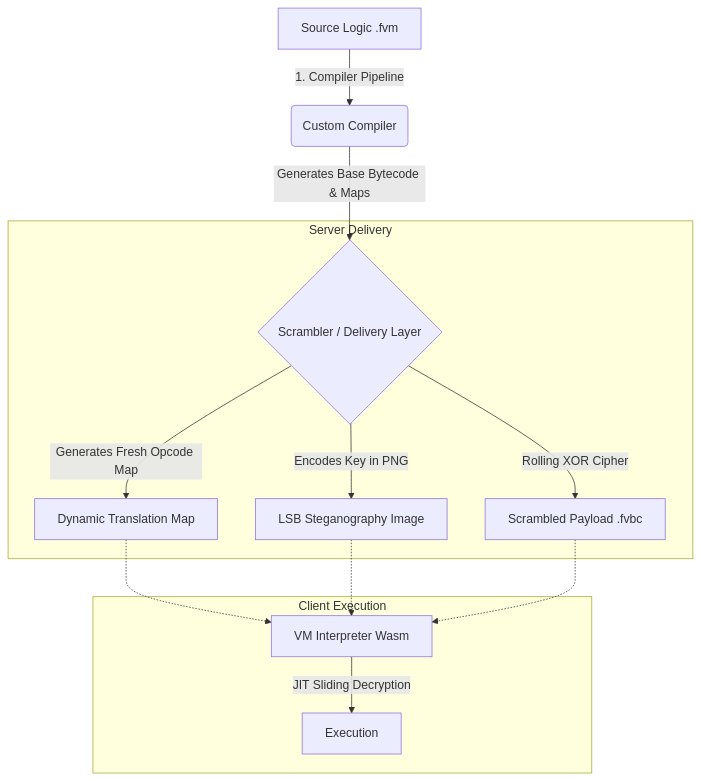
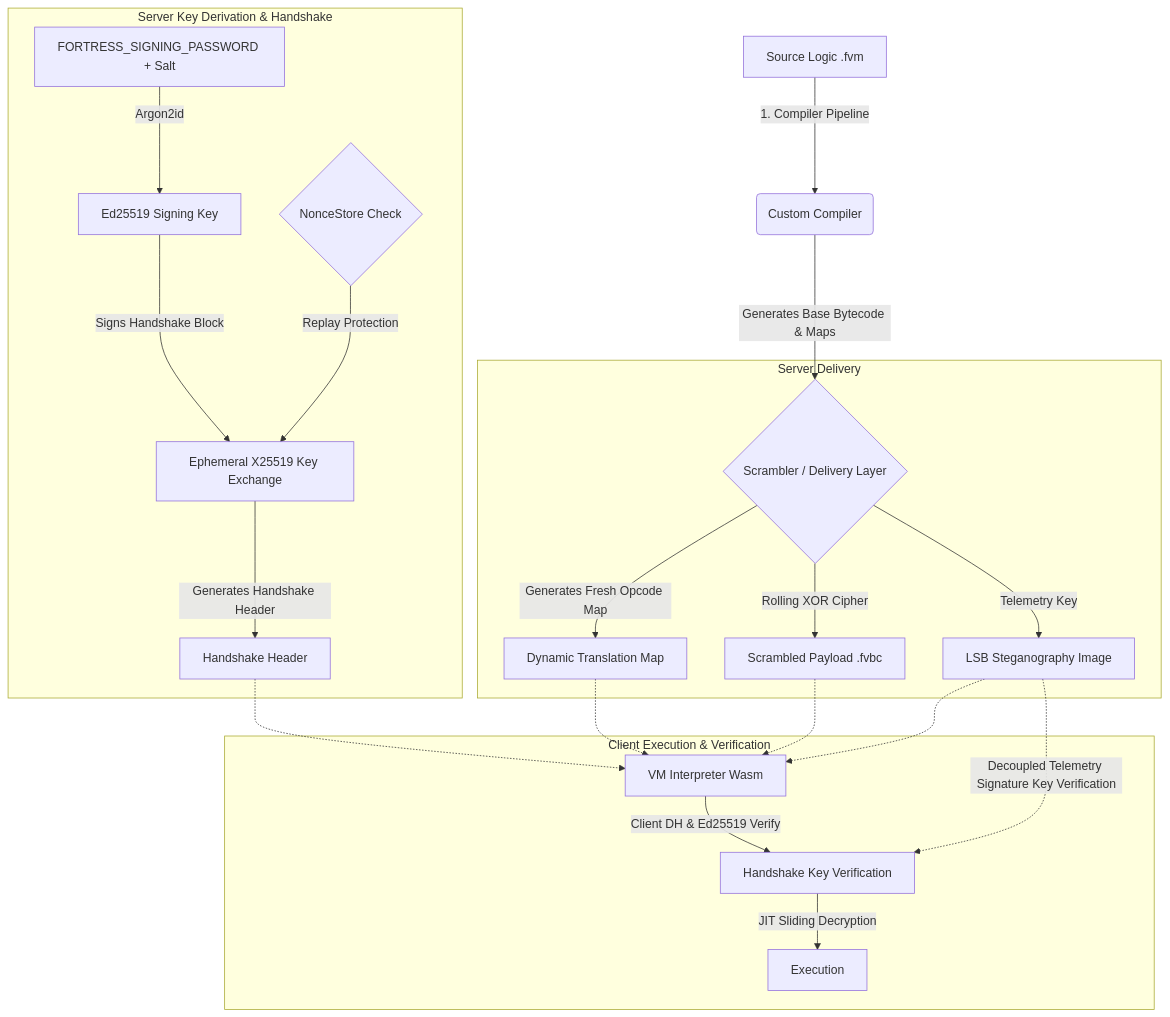
One commit to lkeld/fortress-wasm changed the diagram in README.md. Above: the diagram before and after it, drawn with Mermaid. The commit also changed other lines of this file and 7 other files, not shown here.

````diff
--- a/README.md
+++ b/README.md
@@ -19,18 +19,28 @@
 ```mermaid
 graph TD
     A[Source Logic .fvm] -->|1. Compiler Pipeline| B(Custom Compiler)
     B -->|Generates Base Bytecode & Maps| C{Scrambler / Delivery Layer}
     
-    subgraph "Server Delivery"
-    C -->|Generates Fresh Opcode Map| D[Dynamic Translation Map]
-    C -->|Encodes Key in PNG| E[LSB Steganography Image]
-    C -->|Rolling XOR Cipher| F[Scrambled Payload .fvbc]
+    subgraph "Server Key Derivation & Handshake"
+        PWD[FORTRESS_SIGNING_PASSWORD + Salt] -->|Argon2id| SK[Ed25519 Signing Key]
+        NS{NonceStore Check} -->|Replay Protection| EAKE[Ephemeral X25519 Key Exchange]
+        SK -->|Signs Handshake Block| EAKE
+        EAKE -->|Generates Handshake Header| HSH[Handshake Header]
     end
     
-    subgraph "Client Execution"
-    D -.-> G
-    E -.-> G
-    F -.-> G
-    G[VM Interpreter Wasm] -->|JIT Sliding Decryption| H[Execution]
+    subgraph "Server Delivery"
+        C -->|Generates Fresh Opcode Map| D[Dynamic Translation Map]
+        C -->|Rolling XOR Cipher| F[Scrambled Payload .fvbc]
+        C -->|Telemetry Key| E[LSB Steganography Image]
+    end
+    
+    subgraph "Client Execution & Verification"
+        D -.-> G
+        HSH -.-> G
+        F -.-> G
+        E -.-> G
+        G[VM Interpreter Wasm] -->|Client DH & Ed25519 Verify| V[Handshake Key Verification]
+        E -.->|Decoupled Telemetry Signature Key Verification| V
+        V -->|JIT Sliding Decryption| H[Execution]
     end
 ```
````
